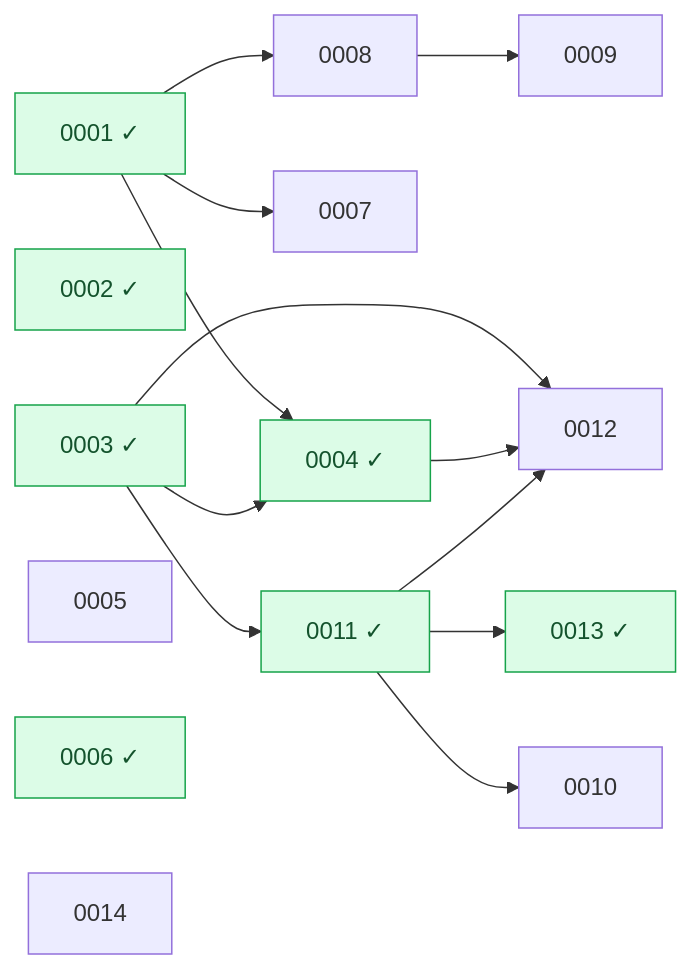
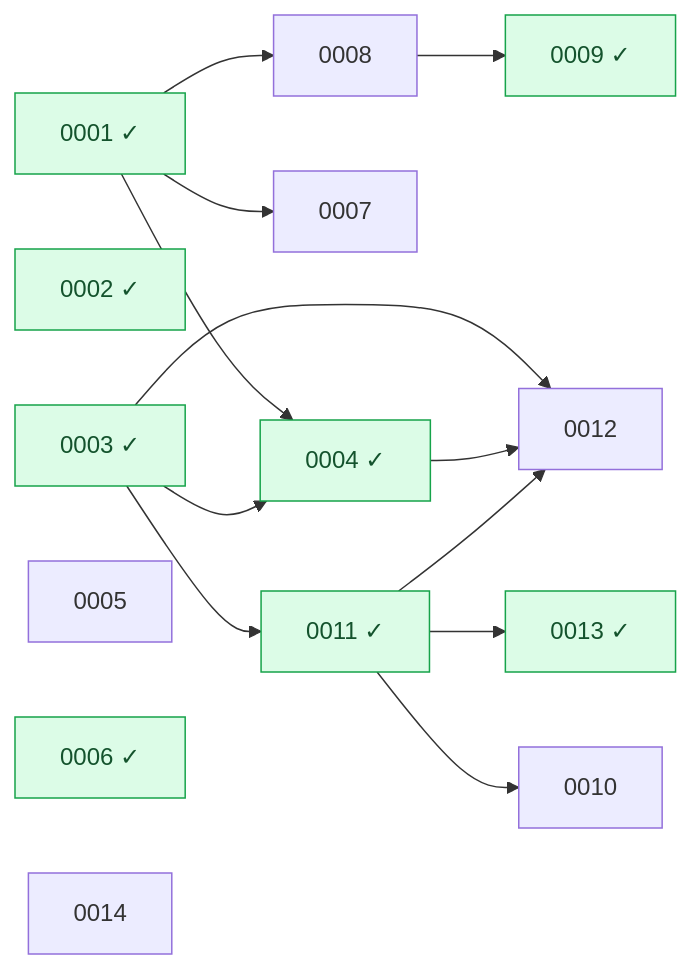
One commit to Heva-Co/piro changed the diagram in docs/rfcs/README.md. Above: the diagram before and after it, drawn with Mermaid. The commit also changed other lines of this file and 1 other file, not shown here.

````diff
--- a/docs/rfcs/README.md
+++ b/docs/rfcs/README.md
@@ -38,36 +38,37 @@
 ```mermaid
 graph LR
   n0001["0001 ✓"]
   n0002["0002 ✓"]
   n0003["0003 ✓"]
   n0004["0004 ✓"]
   n0005["0005"]
   n0006["0006 ✓"]
   n0007["0007"]
   n0008["0008"]
-  n0009["0009"]
+  n0009["0009 ✓"]
   n0010["0010"]
   n0011["0011 ✓"]
   n0012["0012"]
   n0013["0013 ✓"]
   n0014["0014"]
   n0001 --> n0004
   n0003 --> n0004
   n0001 --> n0007
   n0001 --> n0008
   n0008 --> n0009
   n0011 --> n0010
   n0003 --> n0011
   n0003 --> n0012
   n0004 --> n0012
   n0011 --> n0012
   n0011 --> n0013
   classDef done fill:#dcfce7,stroke:#16a34a,color:#14532d;
   class n0001 done;
   class n0002 done;
   class n0003 done;
   class n0004 done;
   class n0006 done;
+  class n0009 done;
   class n0011 done;
   class n0013 done;
 ```
````
